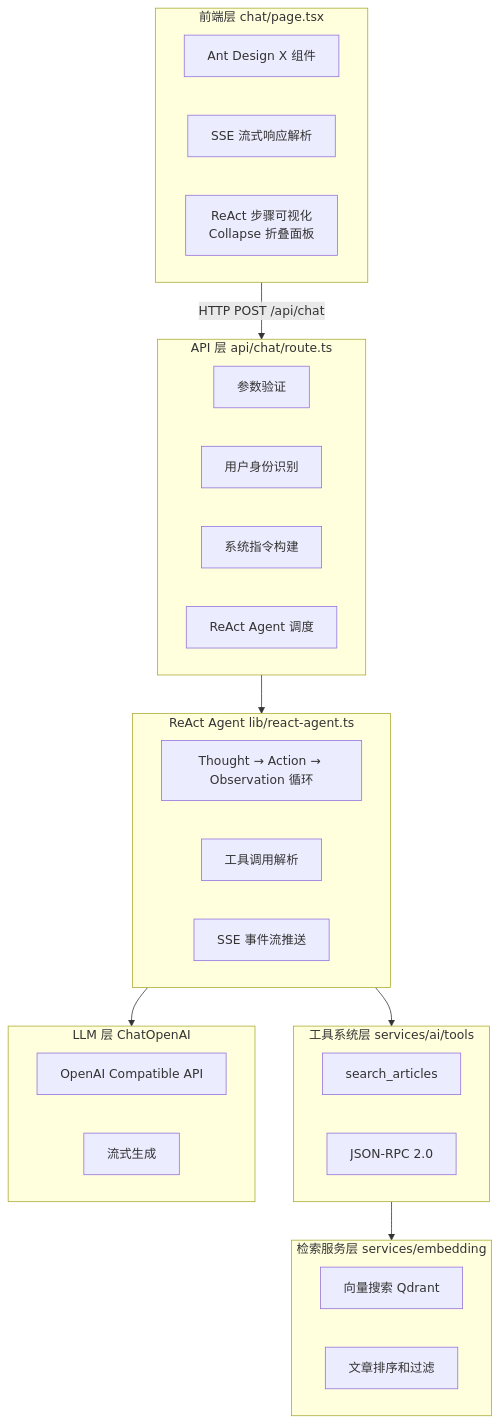
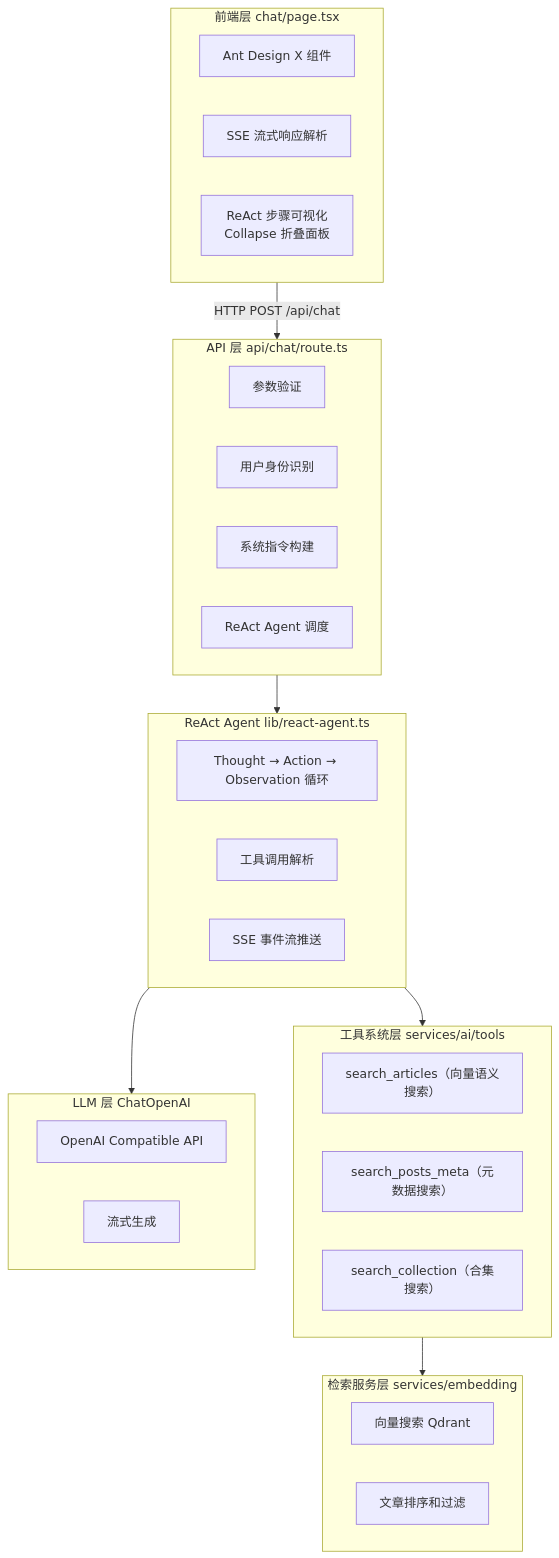
One commit to NNNNzs/react.nnnnzs.cn changed the first of 2 diagrams in docs/designs/chat/rag-chat.md. Above: the diagram before and after it, drawn with Mermaid. The commit also changed other lines of this file and 10 other files, not shown here.

````diff
--- a/docs/designs/chat/rag-chat.md
+++ b/docs/designs/chat/rag-chat.md
@@ -23,42 +23,43 @@
 ```mermaid
 flowchart TB
     subgraph Frontend["前端层 chat/page.tsx"]
         A1["Ant Design X 组件"]
         A2["SSE 流式响应解析"]
         A3["ReAct 步骤可视化<br/>Collapse 折叠面板"]
     end
 
     subgraph API["API 层 api/chat/route.ts"]
         B1["参数验证"]
         B2["用户身份识别"]
         B3["系统指令构建"]
         B4["ReAct Agent 调度"]
     end
 
     subgraph Agent["ReAct Agent lib/react-agent.ts"]
         C1["Thought → Action → Observation 循环"]
         C2["工具调用解析"]
         C3["SSE 事件流推送"]
     end
 
     subgraph Tools["工具系统层 services/ai/tools"]
-        D1["search_articles"]
-        D2["JSON-RPC 2.0"]
+        D1["search_articles（向量语义搜索）"]
+        D2["search_posts_meta（元数据搜索）"]
+        D3["search_collection（合集搜索）"]
     end
 
     subgraph LLM["LLM 层 ChatOpenAI"]
         E1["OpenAI Compatible API"]
         E2["流式生成"]
     end
 
     subgraph Search["检索服务层 services/embedding"]
         F1["向量搜索 Qdrant"]
         F2["文章排序和过滤"]
     end
 
     Frontend -->|HTTP POST /api/chat| API
     API --> Agent
     Agent --> Tools
     Agent --> LLM
     Tools --> Search
 ```
````
